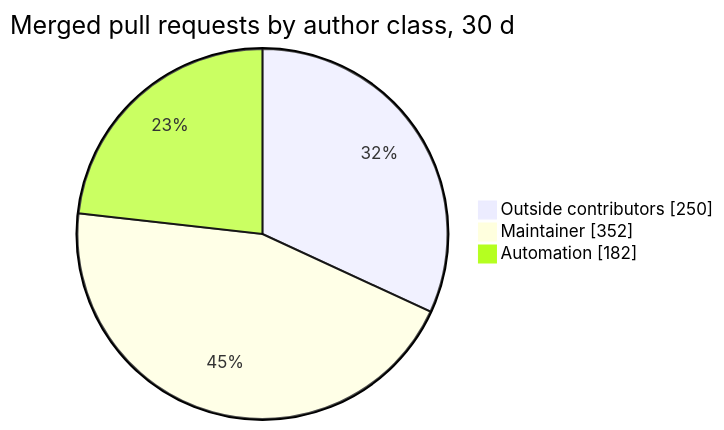
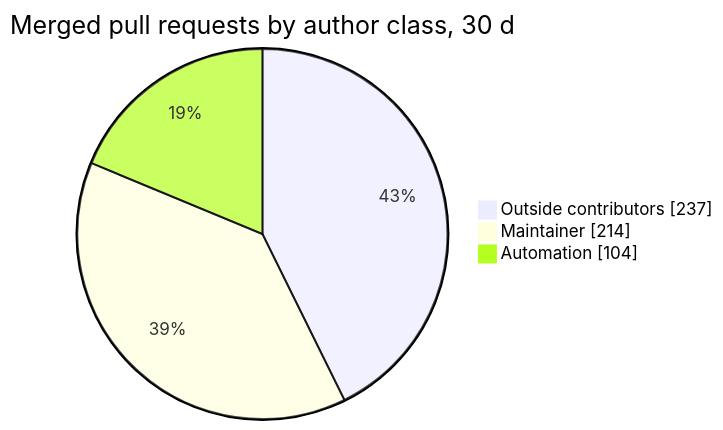
Before and after one commit to sipyourdrink-ltd/bernstein: the third of 3 diagrams in project-pulse.md, drawn with Mermaid. The commit also changed other lines of this file and 4 other files, not shown here.

````diff
--- a/project-pulse.md
+++ b/project-pulse.md
@@ -49,7 +49,7 @@
 ```mermaid
 pie showData
     title Merged pull requests by author class, 30 d
-    "Outside contributors" : 250
-    "Maintainer" : 352
-    "Automation" : 182
+    "Outside contributors" : 237
+    "Maintainer" : 214
+    "Automation" : 104
 ```
````
